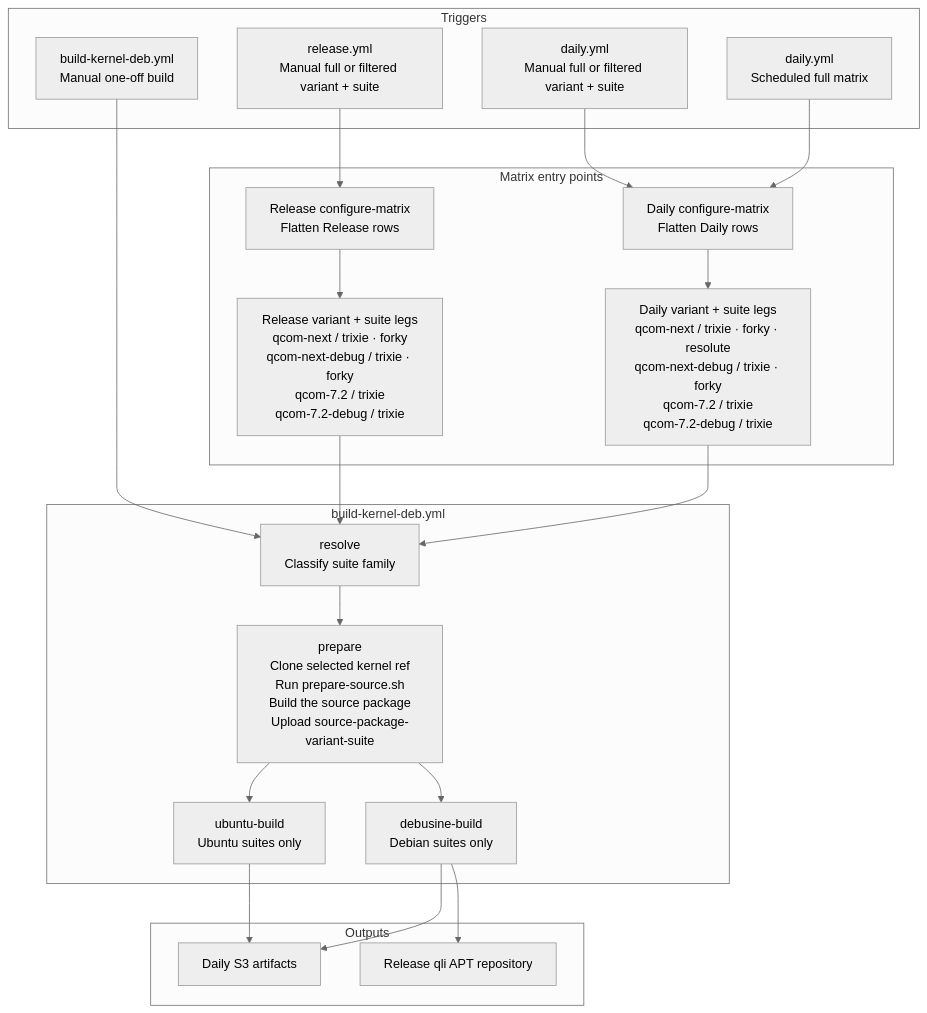
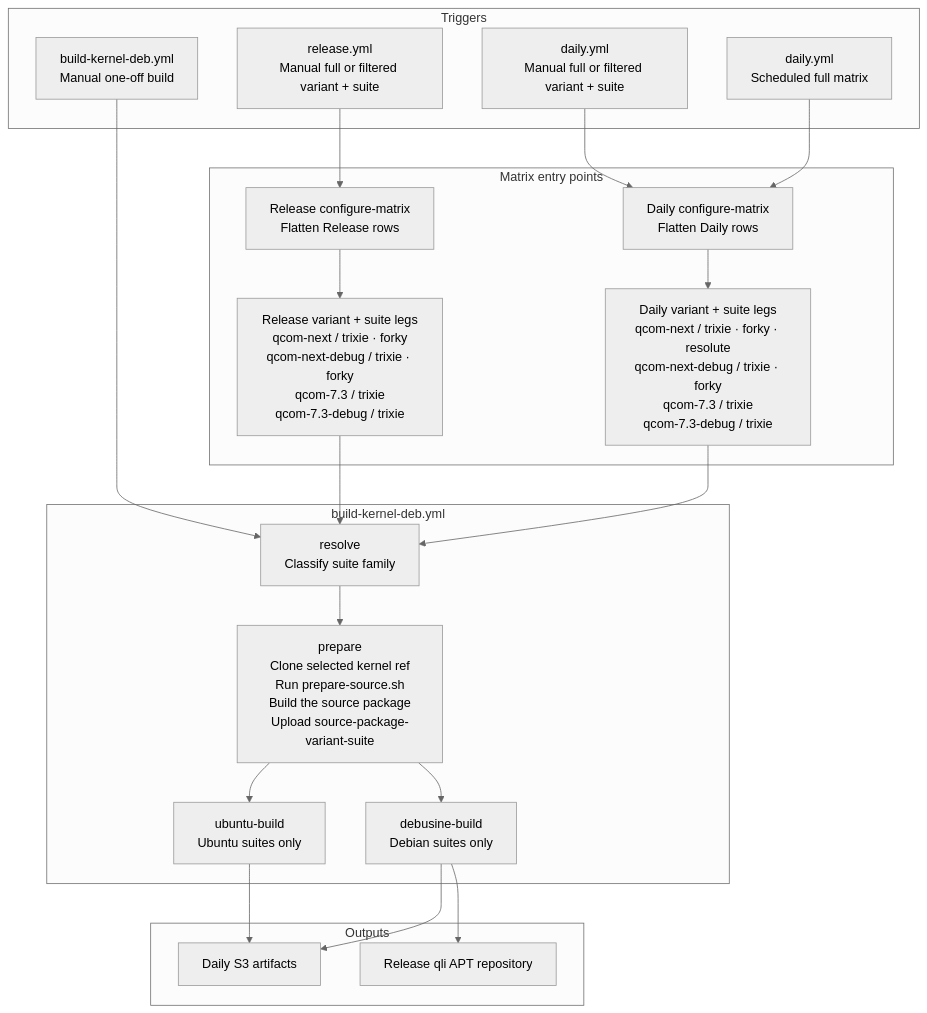
One commit to qualcomm-linux/pkg-linux-qcom changed the second of 6 diagrams in README.md. Above: the diagram before and after it, drawn with Mermaid (neutral theme). The commit also changed other lines of this file and 1 other file, not shown here.

Commit message:
docs: list the qcom-7.3 variants instead of qcom-7.2
The qcom-7.2 and qcom-7.2-debug variants were moved to qcom-7.3 in
ci/build-matrix.json, but the README's configured variants table and
workflow diagram, and the --variant example in docs/local-build.md,
still named qcom-7.2. Readers looking up a package or tag pattern
there would find names that no longer get built, and the example
command would fail as there is no such variant.

````diff
--- a/README.md
+++ b/README.md
@@ -292,39 +292,39 @@
 ```mermaid
 flowchart TD
     subgraph triggers[Triggers]
         A1["daily.yml\nScheduled full matrix"]
         A2["daily.yml\nManual full or filtered variant + suite"]
         A3["release.yml\nManual full or filtered variant + suite"]
         A4["build-kernel-deb.yml\nManual one-off build"]
     end
 
     subgraph matrix[Matrix entry points]
         B1["Daily configure-matrix\nFlatten Daily rows"]
-        B2["Daily variant + suite legs\nqcom-next / trixie · forky · resolute\nqcom-next-debug / trixie · forky\nqcom-7.2 / trixie\nqcom-7.2-debug / trixie"]
+        B2["Daily variant + suite legs\nqcom-next / trixie · forky · resolute\nqcom-next-debug / trixie · forky\nqcom-7.3 / trixie\nqcom-7.3-debug / trixie"]
         B3["Release configure-matrix\nFlatten Release rows"]
-        B4["Release variant + suite legs\nqcom-next / trixie · forky\nqcom-next-debug / trixie · forky\nqcom-7.2 / trixie\nqcom-7.2-debug / trixie"]
+        B4["Release variant + suite legs\nqcom-next / trixie · forky\nqcom-next-debug / trixie · forky\nqcom-7.3 / trixie\nqcom-7.3-debug / trixie"]
     end
 
     subgraph orchestrator[build-kernel-deb.yml]
         C1["resolve\nClassify suite family"]
         C2["prepare\nClone selected kernel ref\nRun prepare-source.sh\nBuild the source package\nUpload source-package-variant-suite"]
         C3["debusine-build\nDebian suites only"]
         C4["ubuntu-build\nUbuntu suites only"]
     end
 
     subgraph outputs[Outputs]
         D1["Daily S3 artifacts"]
         D2["Release qli APT repository"]
     end
 
     A1 --> B1
     A2 --> B1
     A3 --> B3
     B1 --> B2 --> C1
     B3 --> B4 --> C1
     A4 --> C1
     C1 --> C2
     C2 --> C3 & C4
     C3 --> D1 & D2
     C4 --> D1
 ```
````
